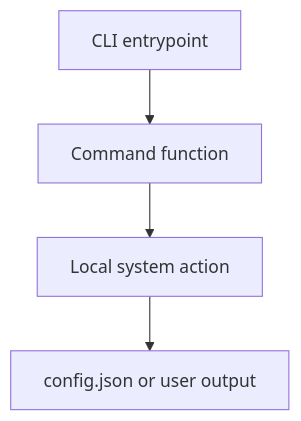
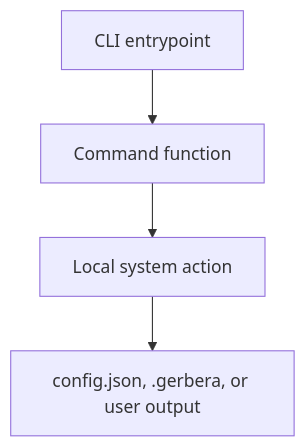
The diagram in src/gerbera_cli/initialise/README.md (BaronLiu1993/gerbera), drawn with Mermaid before and after one commit. The commit also changed other lines of this file and 23 other files, not shown here.

````diff
--- a/src/gerbera_cli/initialise/README.md
+++ b/src/gerbera_cli/initialise/README.md
@@ -24,6 +25,6 @@
 ```mermaid
 flowchart TD
     A[CLI entrypoint] --> B[Command function]
     B --> C[Local system action]
-    C --> D[config.json or user output]
+    C --> D[config.json, .gerbera, or user output]
 ```
````
